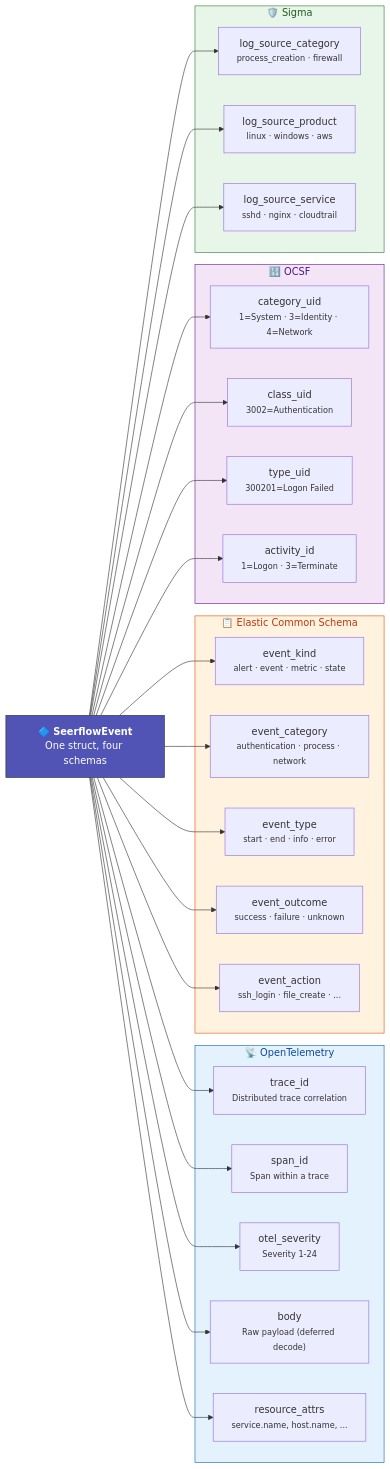
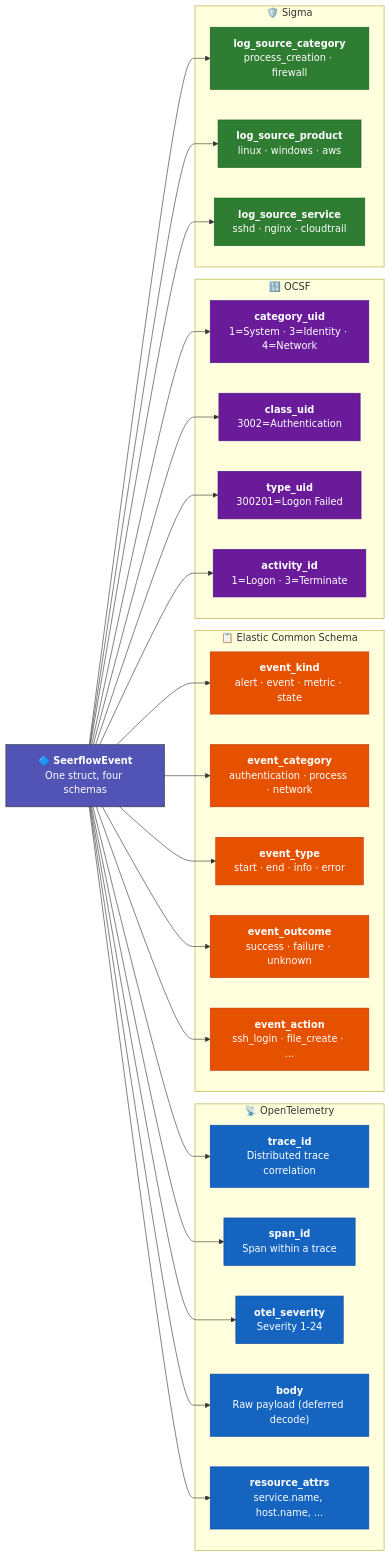
The diagram in docs/architecture/event-model.md (seerflow/seerflow-guide), drawn with Mermaid before and after one commit.

Commit message:
fix: high-contrast Schema Unification nodes — colored fill with white text on every node

````diff
--- a/docs/architecture/event-model.md
+++ b/docs/architecture/event-model.md
@@ -147,44 +147,57 @@
 ```mermaid
 graph LR
     SE["🔷 <b>SeerflowEvent</b><br/>One struct, four schemas"]
 
     subgraph OTel["📡 OpenTelemetry"]
-        OT1["trace_id<br/><small>Distributed trace correlation</small>"]
-        OT2["span_id<br/><small>Span within a trace</small>"]
-        OT3["otel_severity<br/><small>Severity 1-24</small>"]
-        OT4["body<br/><small>Raw payload (deferred decode)</small>"]
-        OT5["resource_attrs<br/><small>service.name, host.name, ...</small>"]
+        OT1["<b>trace_id</b><br/>Distributed trace correlation"]
+        OT2["<b>span_id</b><br/>Span within a trace"]
+        OT3["<b>otel_severity</b><br/>Severity 1-24"]
+        OT4["<b>body</b><br/>Raw payload (deferred decode)"]
+        OT5["<b>resource_attrs</b><br/>service.name, host.name, ..."]
     end
 
     subgraph ECS["📋 Elastic Common Schema"]
-        ECS1["event_kind<br/><small>alert · event · metric · state</small>"]
-        ECS2["event_category<br/><small>authentication · process · network</small>"]
-        ECS3["event_type<br/><small>start · end · info · error</small>"]
-        ECS4["event_outcome<br/><small>success · failure · unknown</small>"]
-        ECS5["event_action<br/><small>ssh_login · file_create · ...</small>"]
+        ECS1["<b>event_kind</b><br/>alert · event · metric · state"]
+        ECS2["<b>event_category</b><br/>authentication · process · network"]
+        ECS3["<b>event_type</b><br/>start · end · info · error"]
+        ECS4["<b>event_outcome</b><br/>success · failure · unknown"]
+        ECS5["<b>event_action</b><br/>ssh_login · file_create · ..."]
     end
 
     subgraph OCSF_g["🔢 OCSF"]
-        OC1["category_uid<br/><small>1=System · 3=Identity · 4=Network</small>"]
-        OC2["class_uid<br/><small>3002=Authentication</small>"]
-        OC3["type_uid<br/><small>300201=Logon Failed</small>"]
-        OC4["activity_id<br/><small>1=Logon · 3=Terminate</small>"]
+        OC1["<b>category_uid</b><br/>1=System · 3=Identity · 4=Network"]
+        OC2["<b>class_uid</b><br/>3002=Authentication"]
+        OC3["<b>type_uid</b><br/>300201=Logon Failed"]
+        OC4["<b>activity_id</b><br/>1=Logon · 3=Terminate"]
     end
 
     subgraph Sigma_g["🛡️ Sigma"]
-        SG1["log_source_category<br/><small>process_creation · firewall</small>"]
-        SG2["log_source_product<br/><small>linux · windows · aws</small>"]
-        SG3["log_source_service<br/><small>sshd · nginx · cloudtrail</small>"]
+        SG1["<b>log_source_category</b><br/>process_creation · firewall"]
+        SG2["<b>log_source_product</b><br/>linux · windows · aws"]
+        SG3["<b>log_source_service</b><br/>sshd · nginx · cloudtrail"]
     end
 
     SE --> OT1 & OT2 & OT3 & OT4 & OT5
     SE --> ECS1 & ECS2 & ECS3 & ECS4 & ECS5
     SE --> OC1 & OC2 & OC3 & OC4
     SE --> SG1 & SG2 & SG3
 
     style SE fill:#5154B4,stroke:#333,color:#fff
-    style OTel fill:#e3f2fd,stroke:#1565c0,color:#0d47a1
-    style ECS fill:#fff3e0,stroke:#e65100,color:#bf360c
-    style OCSF_g fill:#f3e5f5,stroke:#6a1b9a,color:#4a148c
-    style Sigma_g fill:#e8f5e9,stroke:#2e7d32,color:#1b5e20
+    style OT1 fill:#1565c0,stroke:#0d47a1,color:#fff
+    style OT2 fill:#1565c0,stroke:#0d47a1,color:#fff
+    style OT3 fill:#1565c0,stroke:#0d47a1,color:#fff
+    style OT4 fill:#1565c0,stroke:#0d47a1,color:#fff
+    style OT5 fill:#1565c0,stroke:#0d47a1,color:#fff
+    style ECS1 fill:#e65100,stroke:#bf360c,color:#fff
+    style ECS2 fill:#e65100,stroke:#bf360c,color:#fff
+    style ECS3 fill:#e65100,stroke:#bf360c,color:#fff
+    style ECS4 fill:#e65100,stroke:#bf360c,color:#fff
+    style ECS5 fill:#e65100,stroke:#bf360c,color:#fff
+    style OC1 fill:#6a1b9a,stroke:#4a148c,color:#fff
+    style OC2 fill:#6a1b9a,stroke:#4a148c,color:#fff
+    style OC3 fill:#6a1b9a,stroke:#4a148c,color:#fff
+    style OC4 fill:#6a1b9a,stroke:#4a148c,color:#fff
+    style SG1 fill:#2e7d32,stroke:#1b5e20,color:#fff
+    style SG2 fill:#2e7d32,stroke:#1b5e20,color:#fff
+    style SG3 fill:#2e7d32,stroke:#1b5e20,color:#fff
 ```
````
